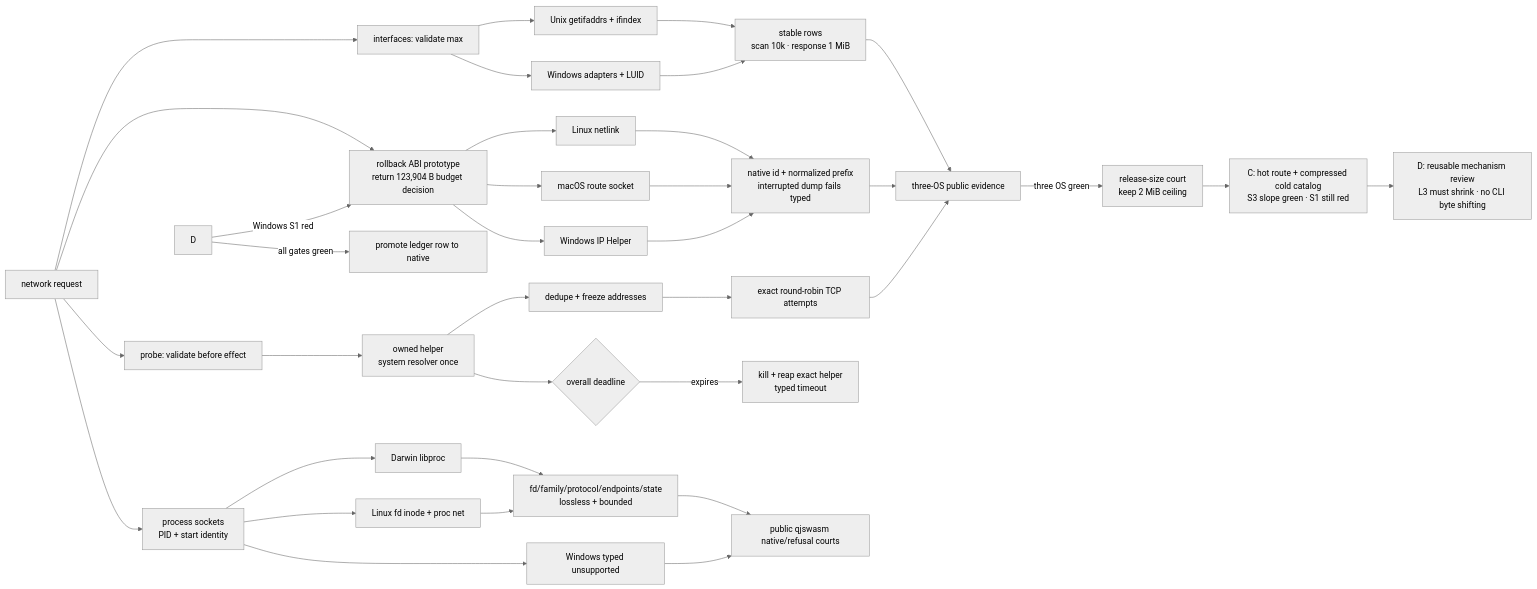
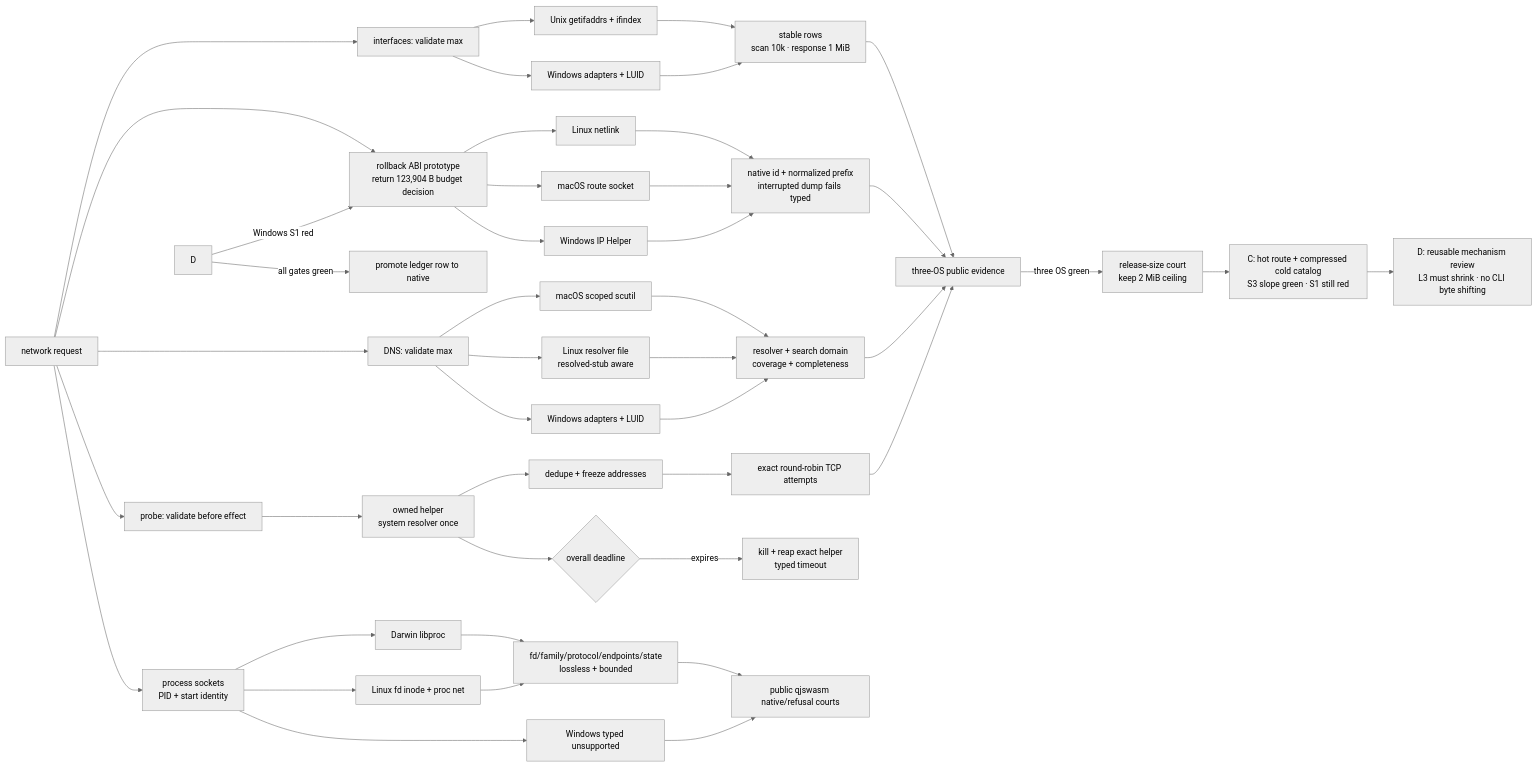
One commit to partnernetsoftware/agenterm changed the eighth of 9 diagrams in prd/PRD_02_28_agenterm_cu.md. Above: the diagram before and after it, drawn with Mermaid (neutral theme). The commit also changed other lines of this file and 26 other files, not shown here.

````diff
--- a/prd/PRD_02_28_agenterm_cu.md
+++ b/prd/PRD_02_28_agenterm_cu.md
@@ -1284,24 +1299,26 @@
 ```mermaid
 flowchart LR
-  N["network request"] --> I["interfaces: validate max"] & R["routes: validate max"] & A["probe: validate before effect"] & PS["process sockets<br/>PID + start identity"]
+  N["network request"] --> I["interfaces: validate max"] & R["routes: validate max"] & DNS["DNS: validate max"] & A["probe: validate before effect"] & PS["process sockets<br/>PID + start identity"]
   I --> U["Unix getifaddrs + ifindex"] & W["Windows adapters + LUID"]
   U & W --> S["stable rows<br/>scan 10k · response 1 MiB"]
   R --> RL["Linux netlink"] & RM["macOS route socket"] & RW["Windows IP Helper"]
   RL & RM & RW --> RS["native id + normalized prefix<br/>interrupted dump fails typed"]
   RS --> E
+  DNS --> DM["macOS scoped scutil"] & DLX["Linux resolver file<br/>resolved-stub aware"] & DW["Windows adapters + LUID"]
+  DM & DLX & DW --> DC["resolver + search domain<br/>coverage + completeness"] --> E
   S --> E["three-OS public evidence"]
   A --> H["owned helper<br/>system resolver once"]
   H --> F["dedupe + freeze addresses"]
   F --> T["exact round-robin TCP attempts"]
   PS --> PM["Darwin libproc"] & PL["Linux fd inode + proc net"] & PW["Windows typed unsupported"]
   PM & PL --> PJ["fd/family/protocol/endpoints/state<br/>lossless + bounded"]
   PJ & PW --> PE["public qjswasm native/refusal courts"]
   H --> DL{"overall deadline"}
   DL -->|expires| K["kill + reap exact helper<br/>typed timeout"]
   T --> E
   E -->|three OS green| B["release-size court<br/>keep 2 MiB ceiling"]
   B --> C["C: hot route + compressed cold catalog<br/>S3 slope green · S1 still red"]
   C --> MR["D: reusable mechanism review<br/>L3 must shrink · no CLI byte shifting"]
   D -->|Windows S1 red| R["rollback ABI prototype<br/>return 123,904 B budget decision"]
   D -->|all gates green| P["promote ledger row to native"]
 ```
````
